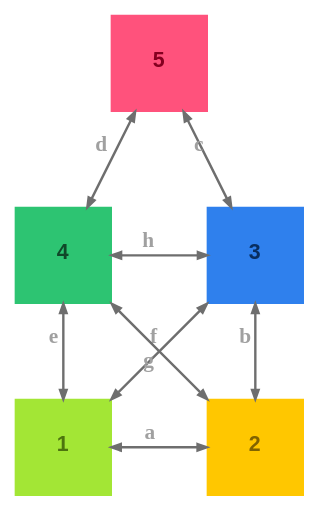
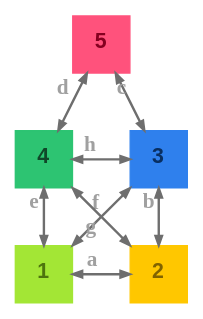
Before and after one commit to m-bock/purescript-transit: the diagram in renders/house-santa-claus_graph-dark.dot, drawn with Graphviz. The commit also changed 5 other files, not shown here.

Commit message:
Enhance House of Santa Claus tutorial; update state machine documentation, improve Graphviz node positioning for better layout control, and refine transition table explanations. Add helper functions for unit conversion and adjust rendering options for consistency across examples.

```diff
--- a/renders/house-santa-claus_graph-dark.dot
+++ b/renders/house-santa-claus_graph-dark.dot
@@ -1,17 +1,17 @@
 digraph 
 {
 rankdir = "TD";fontname = "Arial";labelloc = "t";fontsize = 16.0;bgcolor = "#00000000";color = "#c8c8c8";fontcolor = "#c8c8c8";layout = "neato"
-1 [shape = "box", label = <<b>1</b>>, fontsize = 16.0, style = "filled", fillcolor = "#a3e635", fontcolor = "#4d740e", color = "#a3e635", fontname = "Arial", labelloc = "c", penwidth = 1.0, height = 0.4, pos = "0.0,0.0!", width = 1.0, height = 1.0, fixedsize = true]
-2 [shape = "box", label = <<b>2</b>>, fontsize = 16.0, style = "filled", fillcolor = "#ffc700", fontcolor = "#806300", color = "#ffc700", fontname = "Arial", labelloc = "c", penwidth = 1.0, height = 0.4, pos = "2.0,0.0!", width = 1.0, height = 1.0, fixedsize = true]
+1 [shape = "box", label = <<b>1</b>>, fontsize = 16.0, style = "filled", fillcolor = "#a3e635", fontcolor = "#4d740e", color = "#a3e635", fontname = "Arial", labelloc = "c", penwidth = 1.0, height = 0.4, pos = "0.0,0.0!", width = 0.6, height = 0.6, fixedsize = true]
+2 [shape = "box", label = <<b>2</b>>, fontsize = 16.0, style = "filled", fillcolor = "#ffc700", fontcolor = "#806300", color = "#ffc700", fontname = "Arial", labelloc = "c", penwidth = 1.0, height = 0.4, pos = "1.2,0.0!", width = 0.6, height = 0.6, fixedsize = true]
 2 -> 1 [color = "#6e6e6e", fontcolor = "#a0a0a0", fontsize = 16.0, label = <<b>a</b>>, arrowsize = "0.7", penwidth = 1.8, dir = "both"]
-3 [shape = "box", label = <<b>3</b>>, fontsize = 16.0, style = "filled", fillcolor = "#2f80ed", fontcolor = "#082e61", color = "#2f80ed", fontname = "Arial", labelloc = "c", penwidth = 1.0, height = 0.4, pos = "2.0,2.0!", width = 1.0, height = 1.0, fixedsize = true]
+3 [shape = "box", label = <<b>3</b>>, fontsize = 16.0, style = "filled", fillcolor = "#2f80ed", fontcolor = "#082e61", color = "#2f80ed", fontname = "Arial", labelloc = "c", penwidth = 1.0, height = 0.4, pos = "1.2,1.2!", width = 0.6, height = 0.6, fixedsize = true]
 3 -> 2 [color = "#6e6e6e", fontcolor = "#a0a0a0", fontsize = 16.0, label = <<b>b</b>>, arrowsize = "0.7", penwidth = 1.8, dir = "both"]
 3 -> 1 [color = "#6e6e6e", fontcolor = "#a0a0a0", fontsize = 16.0, label = <<b>f</b>>, arrowsize = "0.7", penwidth = 1.8, dir = "both"]
-5 [shape = "box", label = <<b>5</b>>, fontsize = 16.0, style = "filled", fillcolor = "#ff527c", fontcolor = "#850020", color = "#ff527c", fontname = "Arial", labelloc = "c", penwidth = 1.0, height = 0.4, pos = "1.0,4.0!", width = 1.0, height = 1.0, fixedsize = true]
+5 [shape = "box", label = <<b>5</b>>, fontsize = 16.0, style = "filled", fillcolor = "#ff527c", fontcolor = "#850020", color = "#ff527c", fontname = "Arial", labelloc = "c", penwidth = 1.0, height = 0.4, pos = "0.6,2.4!", width = 0.6, height = 0.6, fixedsize = true]
 5 -> 3 [color = "#6e6e6e", fontcolor = "#a0a0a0", fontsize = 16.0, label = <<b>c</b>>, arrowsize = "0.7", penwidth = 1.8, dir = "both"]
 5 -> 4 [color = "#6e6e6e", fontcolor = "#a0a0a0", fontsize = 16.0, label = <<b>d</b>>, arrowsize = "0.7", penwidth = 1.8, dir = "both"]
-4 [shape = "box", label = <<b>4</b>>, fontsize = 16.0, style = "filled", fillcolor = "#2dc472", fontcolor = "#104729", color = "#2dc472", fontname = "Arial", labelloc = "c", penwidth = 1.0, height = 0.4, pos = "0.0,2.0!", width = 1.0, height = 1.0, fixedsize = true]
+4 [shape = "box", label = <<b>4</b>>, fontsize = 16.0, style = "filled", fillcolor = "#2dc472", fontcolor = "#104729", color = "#2dc472", fontname = "Arial", labelloc = "c", penwidth = 1.0, height = 0.4, pos = "0.0,1.2!", width = 0.6, height = 0.6, fixedsize = true]
 4 -> 1 [color = "#6e6e6e", fontcolor = "#a0a0a0", fontsize = 16.0, label = <<b>e</b>>, arrowsize = "0.7", penwidth = 1.8, dir = "both"]
 4 -> 2 [color = "#6e6e6e", fontcolor = "#a0a0a0", fontsize = 16.0, label = <<b>g</b>>, arrowsize = "0.7", penwidth = 1.8, dir = "both"]
 4 -> 3 [color = "#6e6e6e", fontcolor = "#a0a0a0", fontsize = 16.0, label = <<b>h</b>>, arrowsize = "0.7", penwidth = 1.8, dir = "both"]
 }
```
